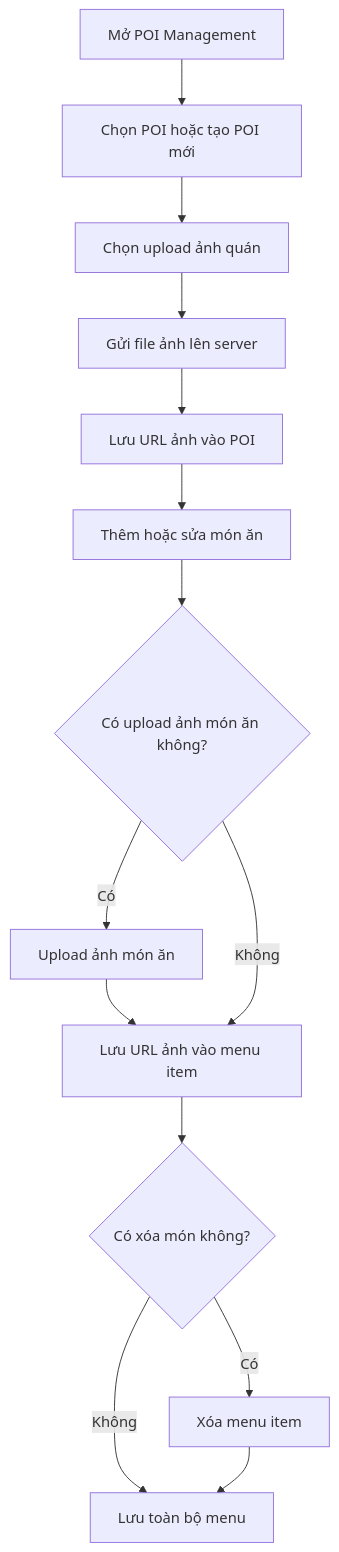
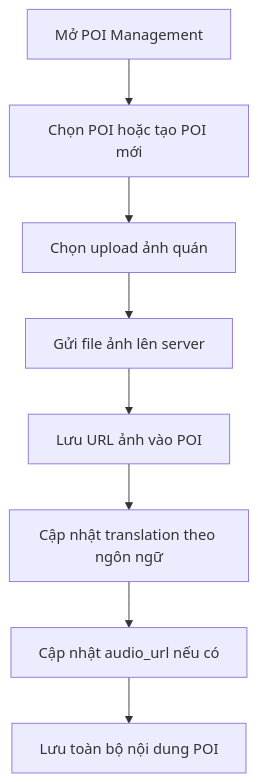
One commit to lesondowski/Seminar changed the seventh of 13 diagrams in docs/ACTIVITY_DIAGRAMS.md. Above: the diagram before and after it, drawn with Mermaid. The commit also changed other lines of this file and 282 other files, not shown here.

````diff
--- a/docs/ACTIVITY_DIAGRAMS.md
+++ b/docs/ACTIVITY_DIAGRAMS.md
@@ -119,16 +150,10 @@
 ```mermaid
 flowchart TD
     A[Mở POI Management] --> B[Chọn POI hoặc tạo POI mới]
     B --> C[Chọn upload ảnh quán]
     C --> D[Gửi file ảnh lên server]
     D --> E[Lưu URL ảnh vào POI]
-    E --> F[Thêm hoặc sửa món ăn]
-    F --> G{Có upload ảnh món ăn không?}
-    G -->|Có| H[Upload ảnh món ăn]
-    H --> I[Lưu URL ảnh vào menu item]
-    G -->|Không| I
-    I --> J{Có xóa món không?}
-    J -->|Có| K[Xóa menu item]
-    J -->|Không| L[Lưu toàn bộ menu]
-    K --> L
+    E --> F[Cập nhật translation theo ngôn ngữ]
+    F --> G[Cập nhật audio_url nếu có]
+    G --> H[Lưu toàn bộ nội dung POI]
 ```
````
